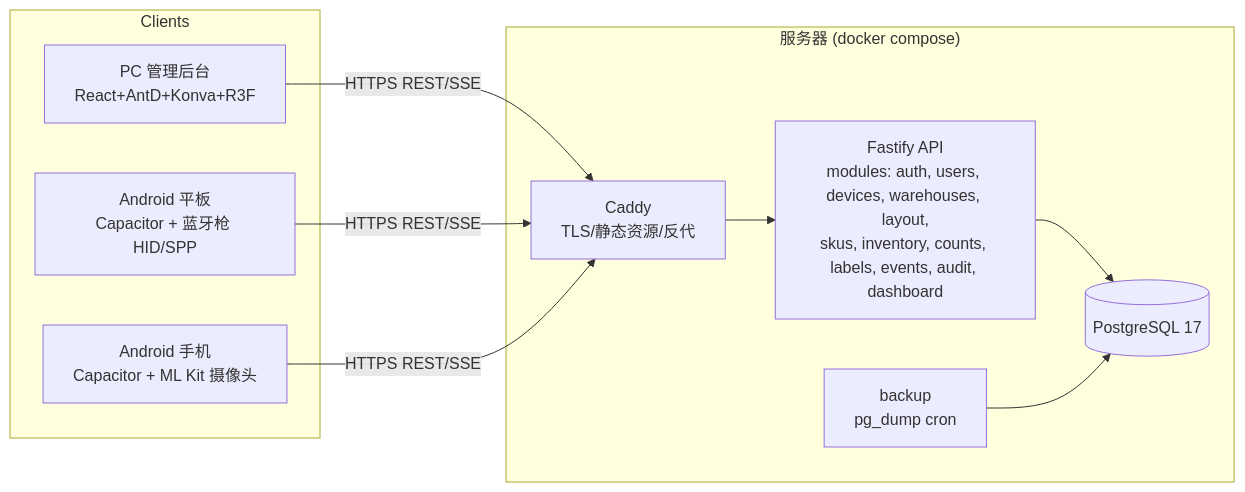
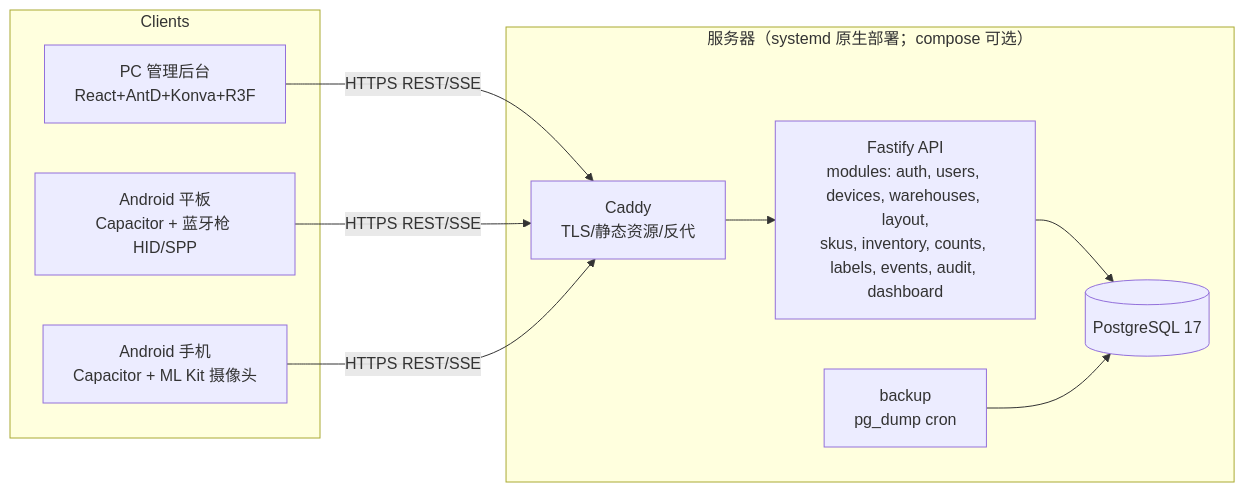
One commit to leiseek/wms3d changed the first of 2 diagrams in docs/01-architecture.md. Above: the diagram before and after it, drawn with Mermaid. The commit also changed other lines of this file and 16 other files, not shown here.

````diff
--- a/docs/01-architecture.md
+++ b/docs/01-architecture.md
@@ -20,19 +20,19 @@
 ```mermaid
 flowchart LR
   subgraph Clients
     A[PC 管理后台<br/>React+AntD+Konva+R3F]
     T[Android 平板<br/>Capacitor + 蓝牙枪 HID/SPP]
     P[Android 手机<br/>Capacitor + ML Kit 摄像头]
   end
-  subgraph Server["服务器 (docker compose)"]
+  subgraph Server["服务器（systemd 原生部署；compose 可选）"]
     C[Caddy<br/>TLS/静态资源/反代]
     API[Fastify API<br/>modules: auth, users, devices, warehouses, layout,<br/>skus, inventory, counts, labels, events, audit, dashboard]
     DB[(PostgreSQL 17)]
     BK[backup<br/>pg_dump cron]
   end
   A -- HTTPS REST/SSE --> C
   T -- HTTPS REST/SSE --> C
   P -- HTTPS REST/SSE --> C
   C --> API --> DB
   BK --> DB
 ```
````
